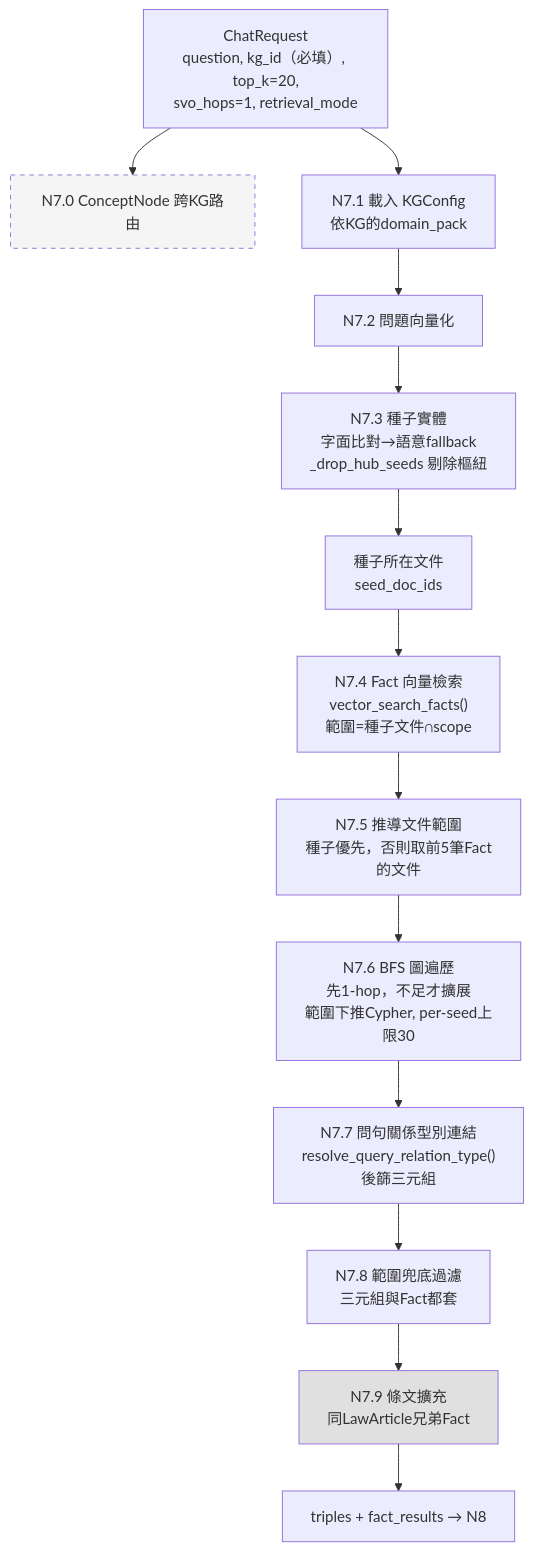
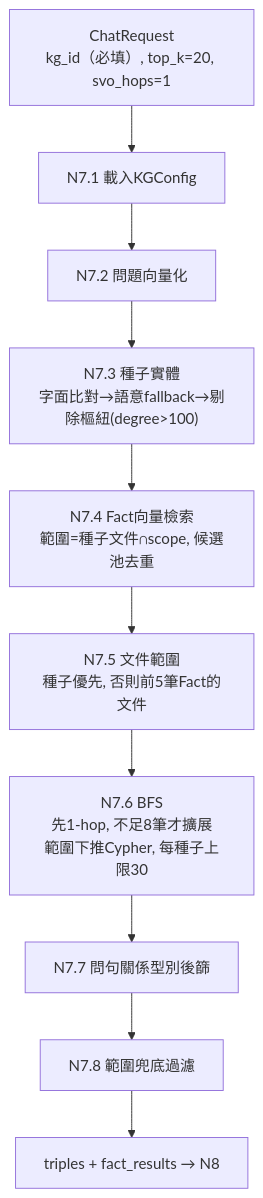
One commit to Chester930/world-knowledge-graph-rag changed the ninth of 13 diagrams in docs/報告/95_專案節點流程總覽與設計說明.md. Above: the diagram before and after it, drawn with Mermaid. The commit also changed other lines of this file and 1 other file, not shown here.

````diff
--- a/docs/報告/95_專案節點流程總覽與設計說明.md
+++ b/docs/報告/95_專案節點流程總覽與設計說明.md
@@ -353,18 +291,12 @@
 ```mermaid
 flowchart TD
-    Q["ChatRequest<br/>question, kg_id（必填）, top_k=20,<br/>svo_hops=1, retrieval_mode"] --> R0["N7.0 ConceptNode 跨KG路由"]:::stub
-    Q --> CFG["N7.1 載入 KGConfig<br/>依KG的domain_pack"]
+    Q["ChatRequest<br/>kg_id（必填）, top_k=20, svo_hops=1"] --> CFG["N7.1 載入KGConfig"]
     CFG --> V["N7.2 問題向量化"]
-    V --> S1["N7.3 種子實體<br/>字面比對→語意fallback<br/>_drop_hub_seeds 剔除樞紐"]
-    S1 --> SD["種子所在文件<br/>seed_doc_ids"]
-    SD --> FS["N7.4 Fact 向量檢索<br/>vector_search_facts()<br/>範圍=種子文件∩scope"]
-    FS --> SC["N7.5 推導文件範圍<br/>種子優先，否則取前5筆Fact的文件"]
-    SC --> BFS["N7.6 BFS 圖遍歷<br/>先1-hop，不足才擴展<br/>範圍下推Cypher, per-seed上限30"]
-    BFS --> RT["N7.7 問句關係型別連結<br/>resolve_query_relation_type()<br/>後篩三元組"]
-    RT --> FL["N7.8 範圍兜底過濾<br/>三元組與Fact都套"]
-    FL --> AE["N7.9 條文擴充<br/>同LawArticle兄弟Fact"]:::optin
-    AE --> OUT["triples + fact_results → N8"]
-
-    classDef stub stroke-dasharray: 5 5,fill:#f5f5f5
-    classDef optin fill:#e0e0e0
+    V --> S1["N7.3 種子實體<br/>字面比對→語意fallback→剔除樞紐(degree>100)"]
+    S1 --> FS["N7.4 Fact向量檢索<br/>範圍=種子文件∩scope, 候選池去重"]
+    FS --> SC["N7.5 文件範圍<br/>種子優先, 否則前5筆Fact的文件"]
+    SC --> BFS["N7.6 BFS<br/>先1-hop, 不足8筆才擴展<br/>範圍下推Cypher, 每種子上限30"]
+    BFS --> RT["N7.7 問句關係型別後篩"]
+    RT --> FL["N7.8 範圍兜底過濾"]
+    FL --> OUT["triples + fact_results → N8"]
 ```
````
